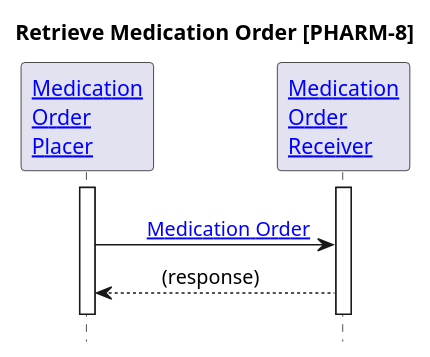
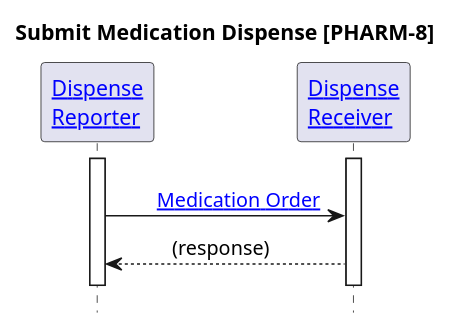
Before and after one commit to IHE/pharm-mpd: the diagram in input/images-source/pharm-8.plantuml, drawn with PlantUML. The commit also changed 39 other files, not shown here.

```diff
--- a/input/images-source/pharm-8.plantuml
+++ b/input/images-source/pharm-8.plantuml
@@ -1,23 +1,23 @@
 @startuml
 
 hide footbox
 
 '!include ./style.iuml
 
-Title Retrieve Medication Order [PHARM-8]
+Title Submit Medication Dispense [PHARM-8]
 
-Participant "[[actors_and_transactions.html#order-placer Medication\nOrder\nPlacer]]" as OP
-Participant "[[actors_and_transactions.html#order-receiver Medication\nOrder\nReceiver]]" as OF
+Participant "[[actors-transactions.html#dispense-reporter Dispense\nReporter]]" as OP
+Participant "[[actors-transactions.html#dispense-receiver Dispense\nReceiver]]" as OF
 
 activate OP
 activate OF
 
 OP -[hidden]> OF
 OP -> OF: \t[[StructureDefinition-IHEMedicationOrder.html{Medication Order} Medication Order]]
 OP <-- OF: \t(response)\t
 OP -[hidden]> OF
 
 deactivate OP
 deactivate OF
 
 @enduml
```
